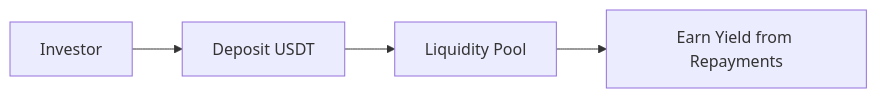
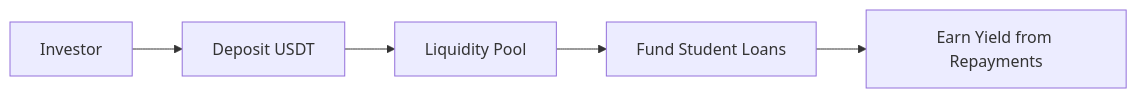
Before and after one commit to Amanparashar-09/Credora: the second of 2 diagrams in README.md, drawn with Mermaid. The commit also changed other lines of this file and 3 other files, not shown here.

````diff
--- a/README.md
+++ b/README.md
@@ -243,6 +591,7 @@
 ```mermaid
 graph LR
     A[Investor] --> B[Deposit USDT]
     B --> C[Liquidity Pool]
-    C --> D[Earn Yield from Repayments]
+    C --> D[Fund Student Loans]
+    D --> E[Earn Yield from Repayments]
 ```
````
